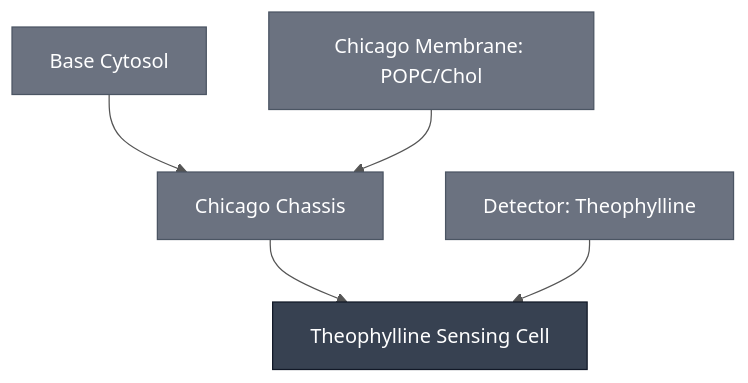
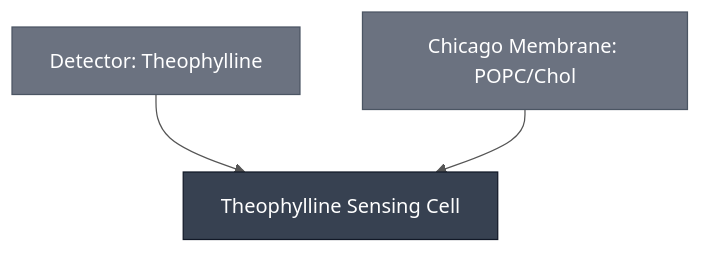
Before and after one commit to nucleus-eng/nucleus-docs: the diagram in docs/modules/theophylline-sensing-cell/spec.md, drawn with Mermaid. The commit also changed 10 other files, not shown here.

````diff
--- a/docs/modules/theophylline-sensing-cell/spec.md
+++ b/docs/modules/theophylline-sensing-cell/spec.md
@@ -25,25 +25,19 @@
 ```mermaid
 %%{init: {'theme': 'base', 'themeVariables': {'lineColor': '#555555', 'edgeLabelBackground': '#ffffff'}}}%%
 flowchart TD
-    BASE_CYTOSOL["Base Cytosol"]
-    CHICAGO_CHASSIS["Chicago Chassis"]
     DETECTOR_THEOPHYLLINE["Detector: Theophylline"]
     MEMBRANE_POPC_CHOL_CHICAGO["Chicago Membrane: POPC/Chol"]
     THEOPHYLLINE_SENSING_CELL["Theophylline Sensing Cell"]
 
-    BASE_CYTOSOL --> CHICAGO_CHASSIS
-    MEMBRANE_POPC_CHOL_CHICAGO --> CHICAGO_CHASSIS
-    CHICAGO_CHASSIS --> THEOPHYLLINE_SENSING_CELL
     DETECTOR_THEOPHYLLINE --> THEOPHYLLINE_SENSING_CELL
+    MEMBRANE_POPC_CHOL_CHICAGO --> THEOPHYLLINE_SENSING_CELL
 
     classDef constituent fill:#6B7280,color:#ffffff,stroke:#4B5563;
     classDef this fill:#374151,color:#ffffff,stroke:#111827;
-    class BASE_CYTOSOL,CHICAGO_CHASSIS,DETECTOR_THEOPHYLLINE,MEMBRANE_POPC_CHOL_CHICAGO constituent;
+    class DETECTOR_THEOPHYLLINE,MEMBRANE_POPC_CHOL_CHICAGO constituent;
     class THEOPHYLLINE_SENSING_CELL this;
 
-    click BASE_CYTOSOL "/docs/modules/base-cytosol/spec"
-    click CHICAGO_CHASSIS "/docs/modules/chicago-chassis/spec"
     click DETECTOR_THEOPHYLLINE "/docs/modules/detector-theophylline/spec"
     click MEMBRANE_POPC_CHOL_CHICAGO "/docs/modules/membrane-popc-chol-chicago/spec"
     click THEOPHYLLINE_SENSING_CELL "/docs/modules/theophylline-sensing-cell/spec"
 ```
````
